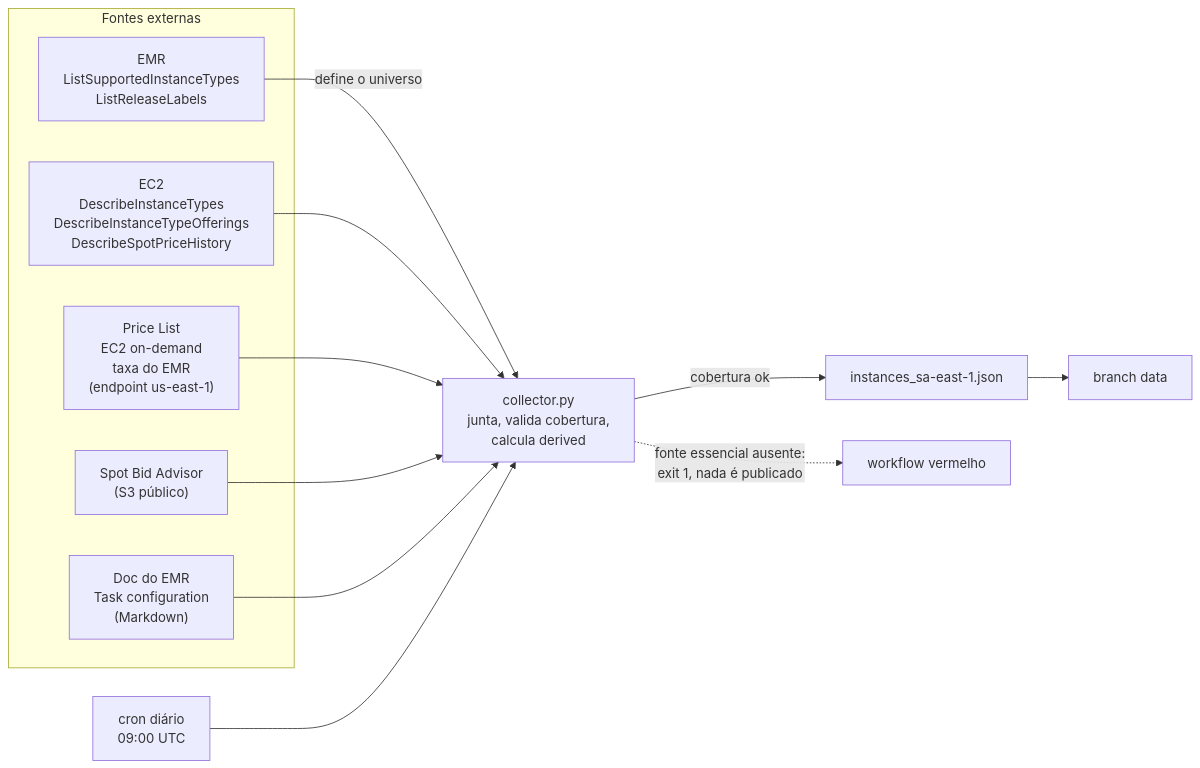
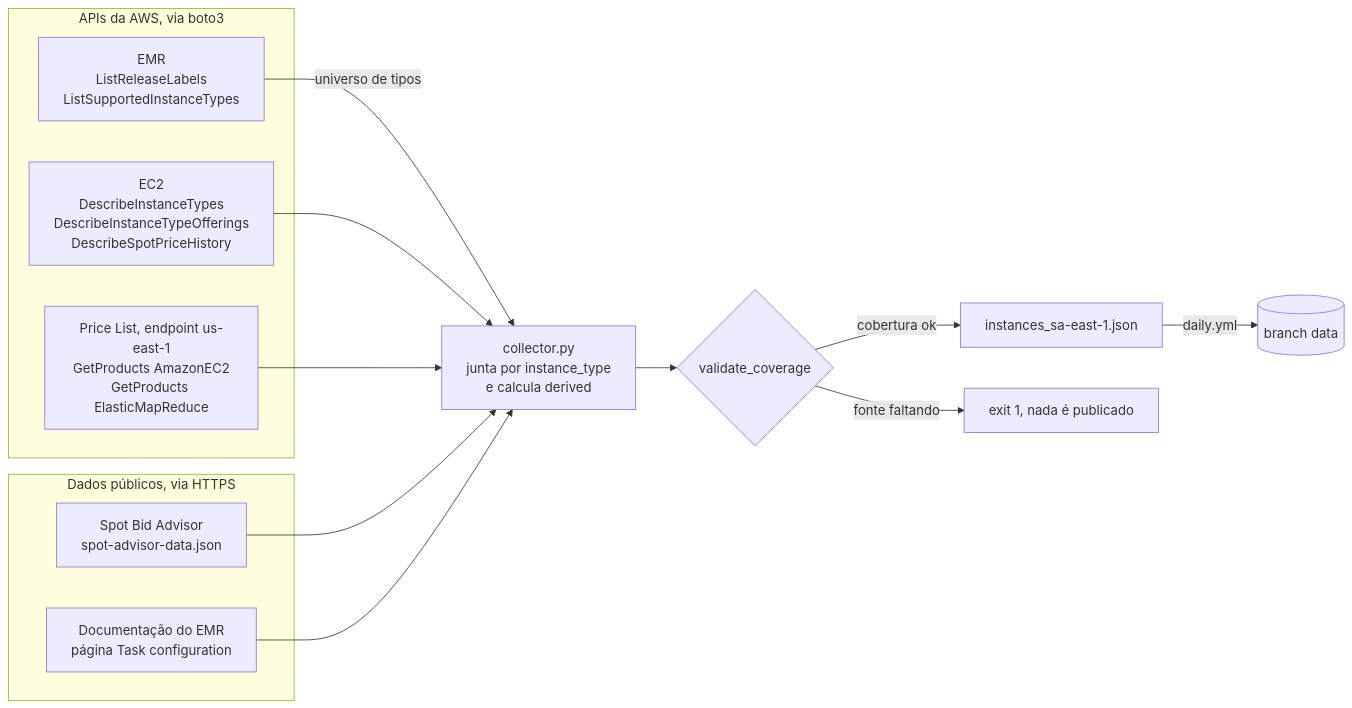
One commit to marcelo-franceschini/aws-emr-instances-sa-east-1 changed the diagram in README.md. Above: the diagram before and after it, drawn with Mermaid. The commit also changed other lines of this file, not shown here.

First line of the commit message:
docs: README com exemplo completo e JSON Schema verificados por ferramenta

````diff
--- a/README.md
+++ b/README.md
@@ -62,21 +85,21 @@
 ```mermaid
 flowchart LR
-    subgraph fontes["Fontes externas"]
-        emr["EMR<br/>ListSupportedInstanceTypes<br/>ListReleaseLabels"]
+    subgraph aws["APIs da AWS, via boto3"]
+        emr["EMR<br/>ListReleaseLabels<br/>ListSupportedInstanceTypes"]
         ec2["EC2<br/>DescribeInstanceTypes<br/>DescribeInstanceTypeOfferings<br/>DescribeSpotPriceHistory"]
-        price["Price List<br/>EC2 on-demand<br/>taxa do EMR<br/>(endpoint us-east-1)"]
-        adv["Spot Bid Advisor<br/>(S3 público)"]
-        doc["Doc do EMR<br/>Task configuration<br/>(Markdown)"]
+        price["Price List, endpoint us-east-1<br/>GetProducts AmazonEC2<br/>GetProducts ElasticMapReduce"]
     end
-
-    emr -->|"define o universo"| col["collector.py<br/>junta, valida cobertura,<br/>calcula derived"]
+    subgraph pub["Dados públicos, via HTTPS"]
+        adv["Spot Bid Advisor<br/>spot-advisor-data.json"]
+        doc["Documentação do EMR<br/>página Task configuration"]
+    end
+    emr -->|"universo de tipos"| col["collector.py<br/>junta por instance_type<br/>e calcula derived"]
     ec2 --> col
     price --> col
     adv --> col
     doc --> col
-
-    col -->|"cobertura ok"| json["instances_sa-east-1.json"]
-    col -.->|"fonte essencial ausente:<br/>exit 1, nada é publicado"| fail["workflow vermelho"]
-    json --> data["branch data"]
-    cron["cron diário<br/>09:00 UTC"] --> col
+    col --> cov{"validate_coverage"}
+    cov -->|"cobertura ok"| out["instances_sa-east-1.json"]
+    cov -->|"fonte faltando"| fail["exit 1, nada é publicado"]
+    out -->|"daily.yml"| data[("branch data")]
 ```
````
